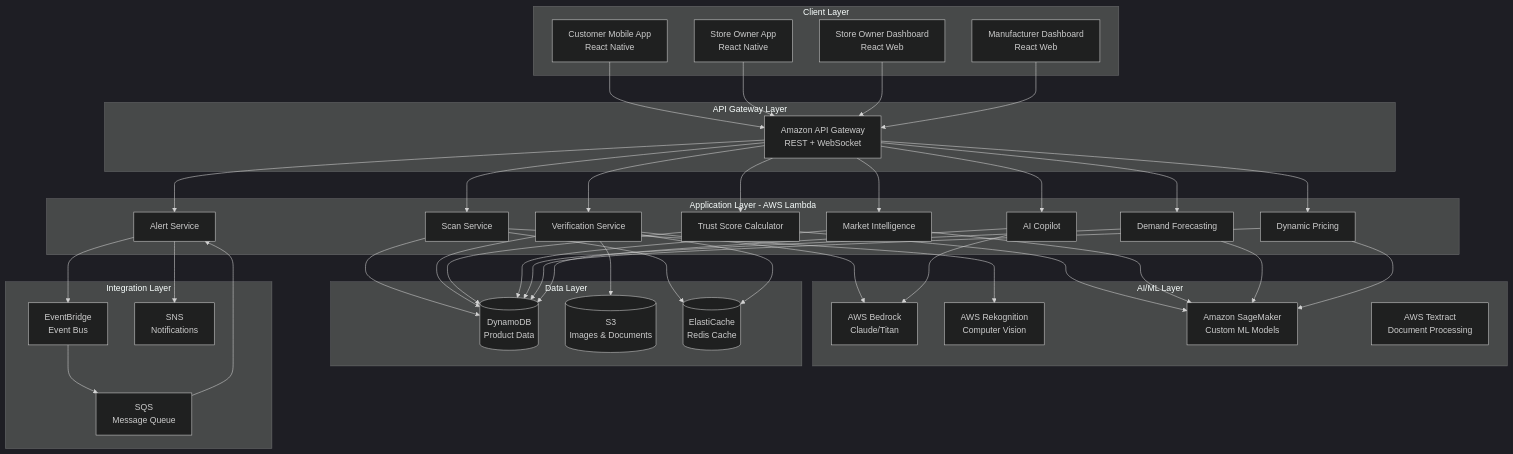
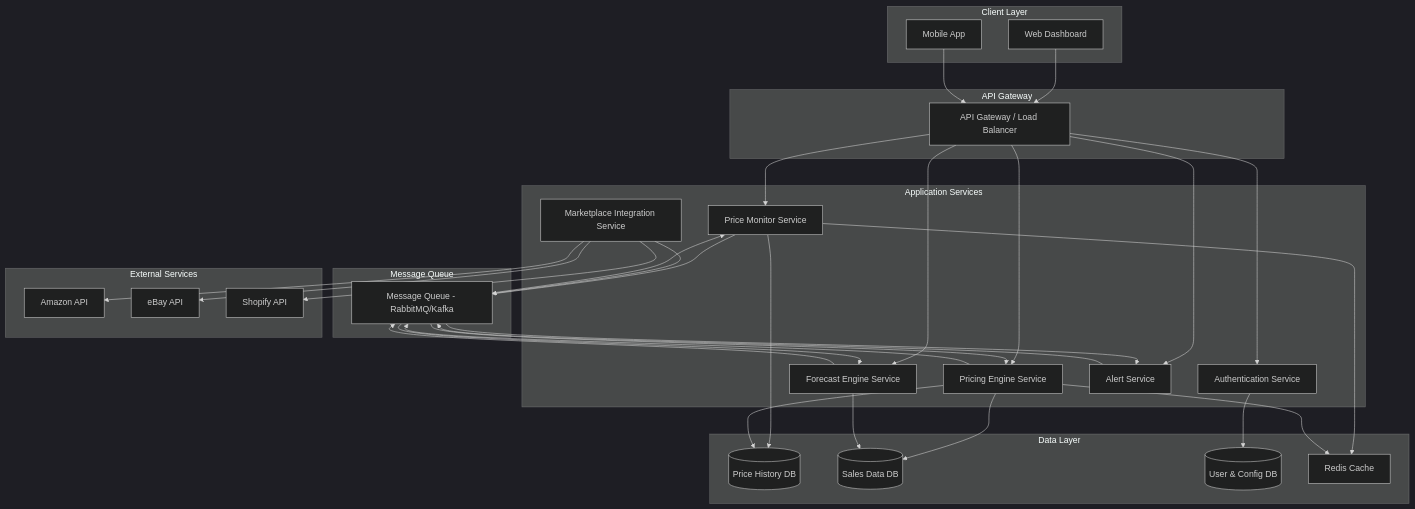
Before and after one commit to SavireddyKiranKumarReddy/AI_For_Bharat: the diagram in design.md, drawn with Mermaid (dark theme). The commit also changed other lines of this file, not shown here.

````diff
--- a/design.md
+++ b/design.md
@@ -43,88 +22,69 @@
 ```mermaid
 graph TB
     subgraph "Client Layer"
-        CA[Customer Mobile App<br/>React Native]
-        SOA[Store Owner App<br/>React Native]
-        SOD[Store Owner Dashboard<br/>React Web]
-        MD[Manufacturer Dashboard<br/>React Web]
+        Web[Web Dashboard]
+        Mobile[Mobile App]
     end
     
-    subgraph "API Gateway Layer"
-        AG[Amazon API Gateway<br/>REST + WebSocket]
+    subgraph "API Gateway"
+        Gateway[API Gateway / Load Balancer]
     end
     
-    subgraph "Application Layer - AWS Lambda"
-        ScanService[Scan Service]
-        VerifyService[Verification Service]
-        TrustScoreService[Trust Score Calculator]
-        AlertService[Alert Service]
-        MarketIntelService[Market Intelligence]
-        ForecastService[Demand Forecasting]
-        PricingService[Dynamic Pricing]
-        CopilotService[AI Copilot]
-    end
-    
-    subgraph "AI/ML Layer"
-        Bedrock[AWS Bedrock<br/>Claude/Titan]
-        Rekognition[AWS Rekognition<br/>Computer Vision]
-        SageMaker[Amazon SageMaker<br/>Custom ML Models]
-        Textract[AWS Textract<br/>Document Processing]
+    subgraph "Application Services"
+        Auth[Authentication Service]
+        Monitor[Price Monitor Service]
+        Pricing[Pricing Engine Service]
+        Forecast[Forecast Engine Service]
+        Alert[Alert Service]
+        Integration[Marketplace Integration Service]
     end
     
     subgraph "Data Layer"
-        DDB[(DynamoDB<br/>Product Data)]
-        S3[(S3<br/>Images & Documents)]
-        ElastiCache[(ElastiCache<br/>Redis Cache)]
+        PriceDB[(Price History DB)]
+        SalesDB[(Sales Data DB)]
+        UserDB[(User & Config DB)]
+        Cache[Redis Cache]
     end
     
-    subgraph "Integration Layer"
-        EventBridge[EventBridge<br/>Event Bus]
-        SNS[SNS<br/>Notifications]
-        SQS[SQS<br/>Message Queue]
+    subgraph "Message Queue"
+        Queue[Message Queue - RabbitMQ/Kafka]
     end
     
-    CA --> AG
-    SOA --> AG
-    SOD --> AG
-    MD --> AG
+    subgraph "External Services"
+        Amazon[Amazon API]
+        eBay[eBay API]
+        Shopify[Shopify API]
+    end
     
-    AG --> ScanService
-    AG --> VerifyService
-    AG --> TrustScoreService
-    AG --> AlertService
-    AG --> MarketIntelService
-    AG --> ForecastService
-    AG --> PricingService
-    AG --> CopilotService
+    Web --> Gateway
+    Mobile --> Gateway
+    Gateway --> Auth
+    Gateway --> Monitor
+    Gateway --> Pricing
+    Gateway --> Forecast
+    Gateway --> Alert
     
-    ScanService --> Rekognition
-    ScanService --> DDB
+    Monitor --> Queue
+    Pricing --> Queue
+    Forecast --> Queue
+    Alert --> Queue
     
-    VerifyService --> Bedrock
-    VerifyService --> DDB
-    VerifyService --> S3
+    Monitor --> PriceDB
+    Pricing --> PriceDB
+    Pricing --> SalesDB
+    Forecast --> SalesDB
     
-    TrustScoreService --> DDB
-    TrustScoreService --> SageMaker
+    Auth --> UserDB
+    Monitor --> Cache
+    Pricing --> Cache
     
-    MarketIntelService --> DDB
-    MarketIntelService --> SageMaker
+    Integration --> Amazon
+    Integration --> eBay
+    Integration --> Shopify
+    Integration --> Queue
     
-    ForecastService --> SageMaker
-    ForecastService --> DDB
-    
-    PricingService --> SageMaker
-    PricingService --> DDB
-    
-    CopilotService --> Bedrock
-    CopilotService --> DDB
-    
-    AlertService --> SNS
-    AlertService --> EventBridge
-    
-    ScanService --> ElastiCache
-    VerifyService --> ElastiCache
-    
-    EventBridge --> SQS
-    SQS --> AlertService
+    Queue --> Monitor
+    Queue --> Pricing
+    Queue --> Forecast
+    Queue --> Alert
 ```
````
